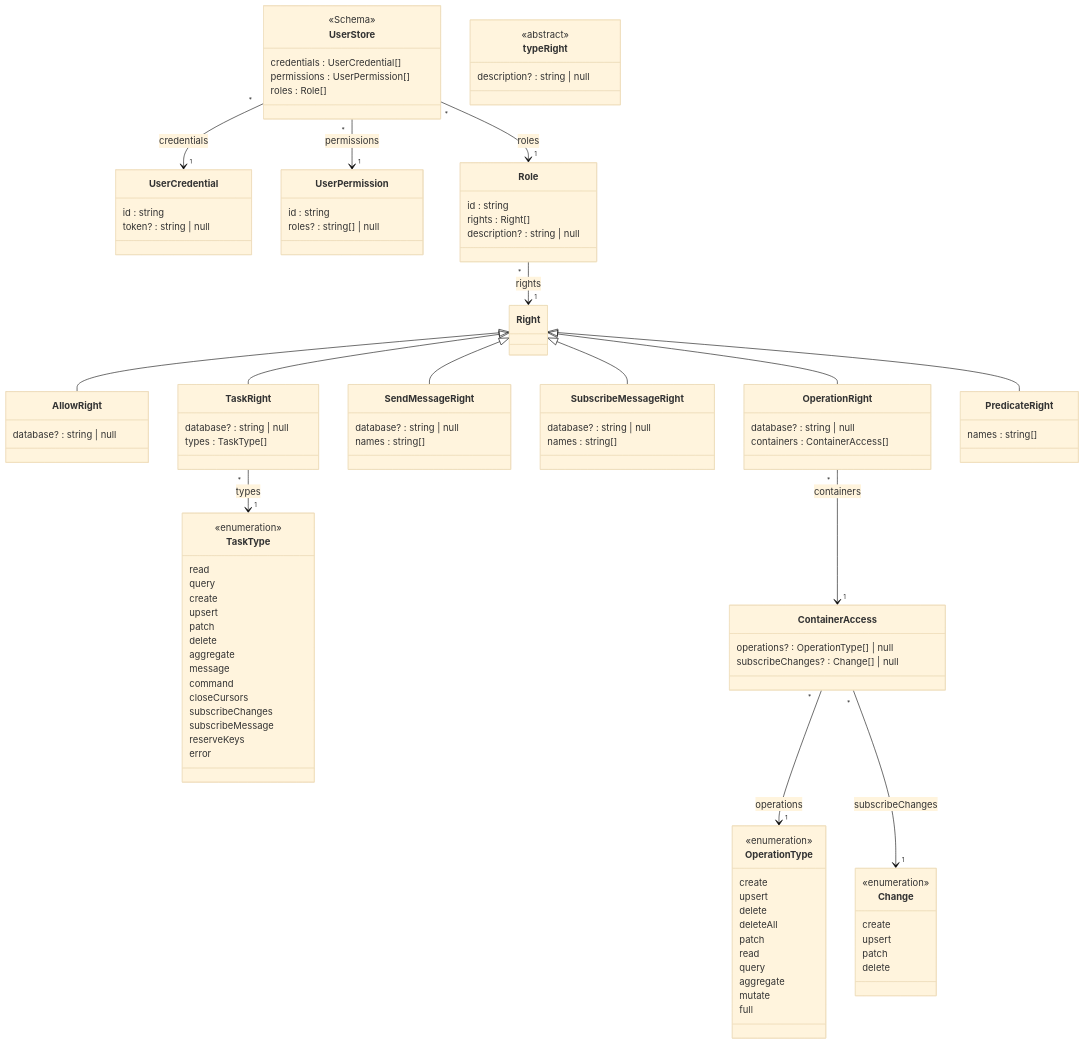
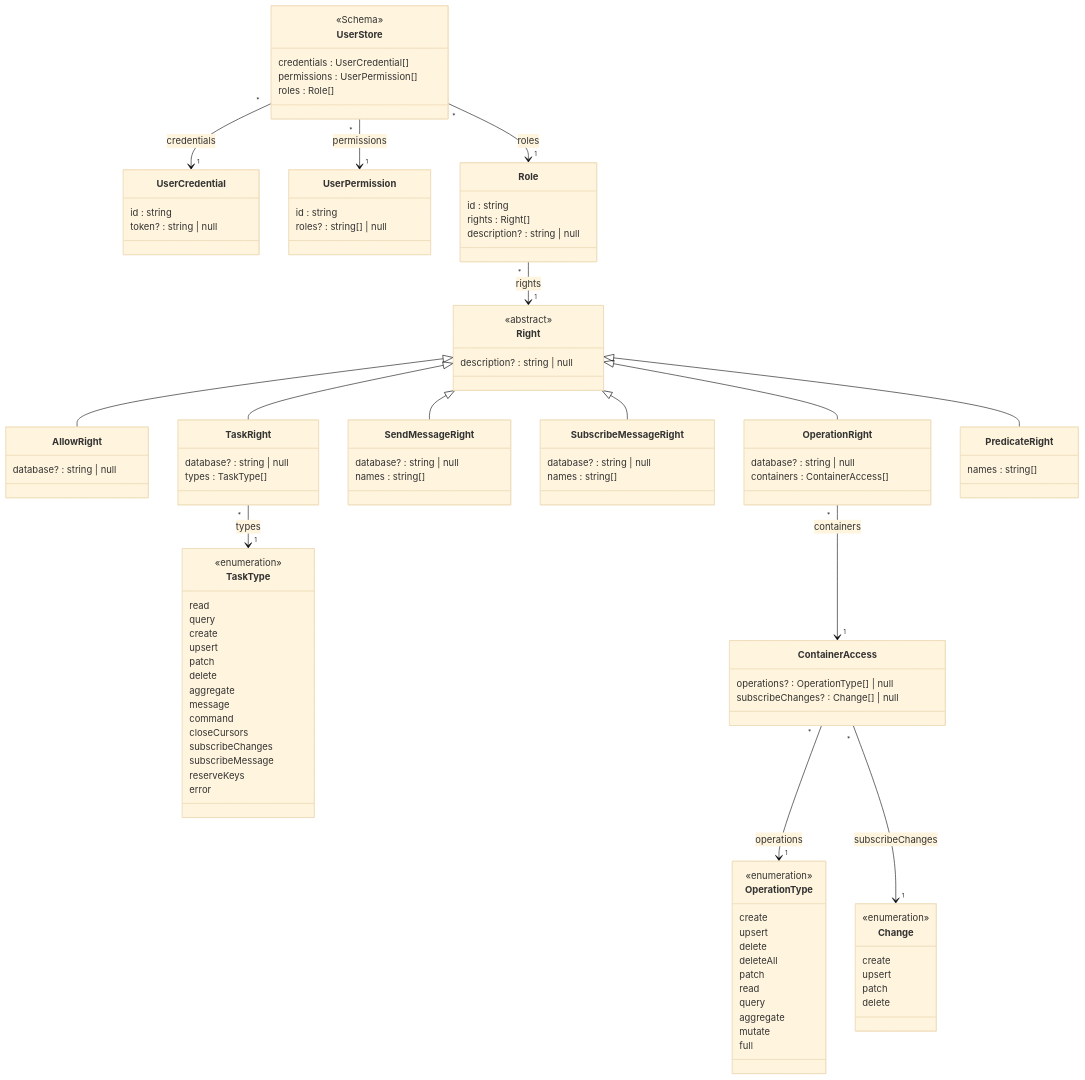
The diagram in Json.Tests/assets~/Schema/Markdown/UserStore/class-diagram.md (friflo/Friflo.Json.Fliox), drawn with Mermaid (base theme) before and after one commit. The commit also changed 1 other file, not shown here.

Commit message:
Schema/Language/Mermaid - fix glitch

```diff
--- a/Json.Tests/assets~/Schema/Markdown/UserStore/class-diagram.md
+++ b/Json.Tests/assets~/Schema/Markdown/UserStore/class-diagram.md
@@ -28,7 +28,7 @@
 }
 Role "*" --> "1" Right : rights
 
-class type Right {
+class Right {
     <<abstract>>
     description? : string | null
 }
```
